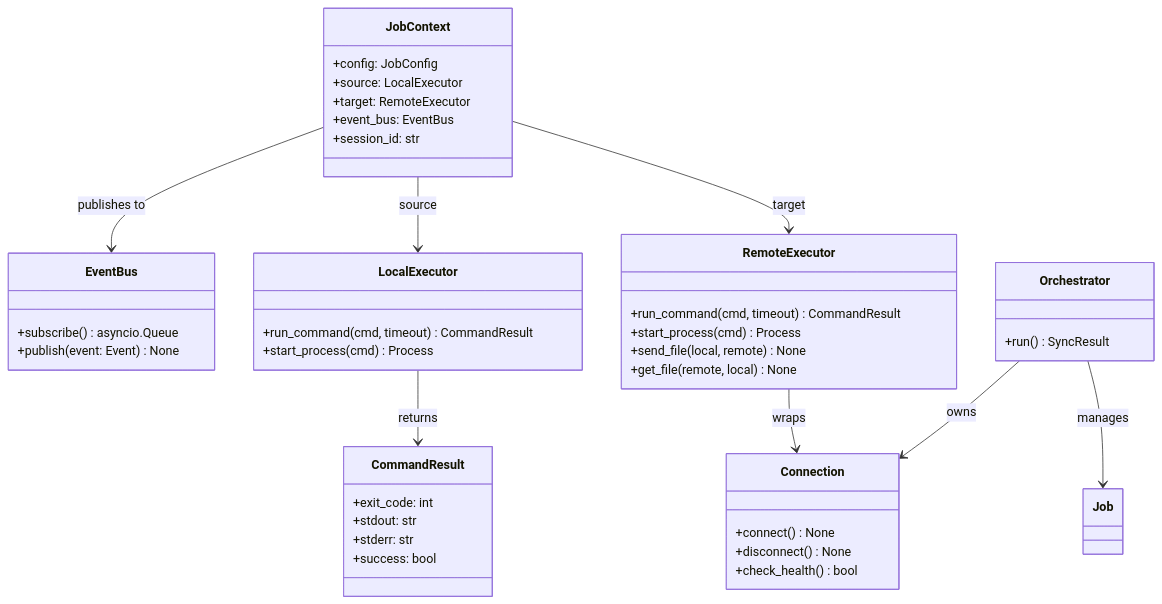
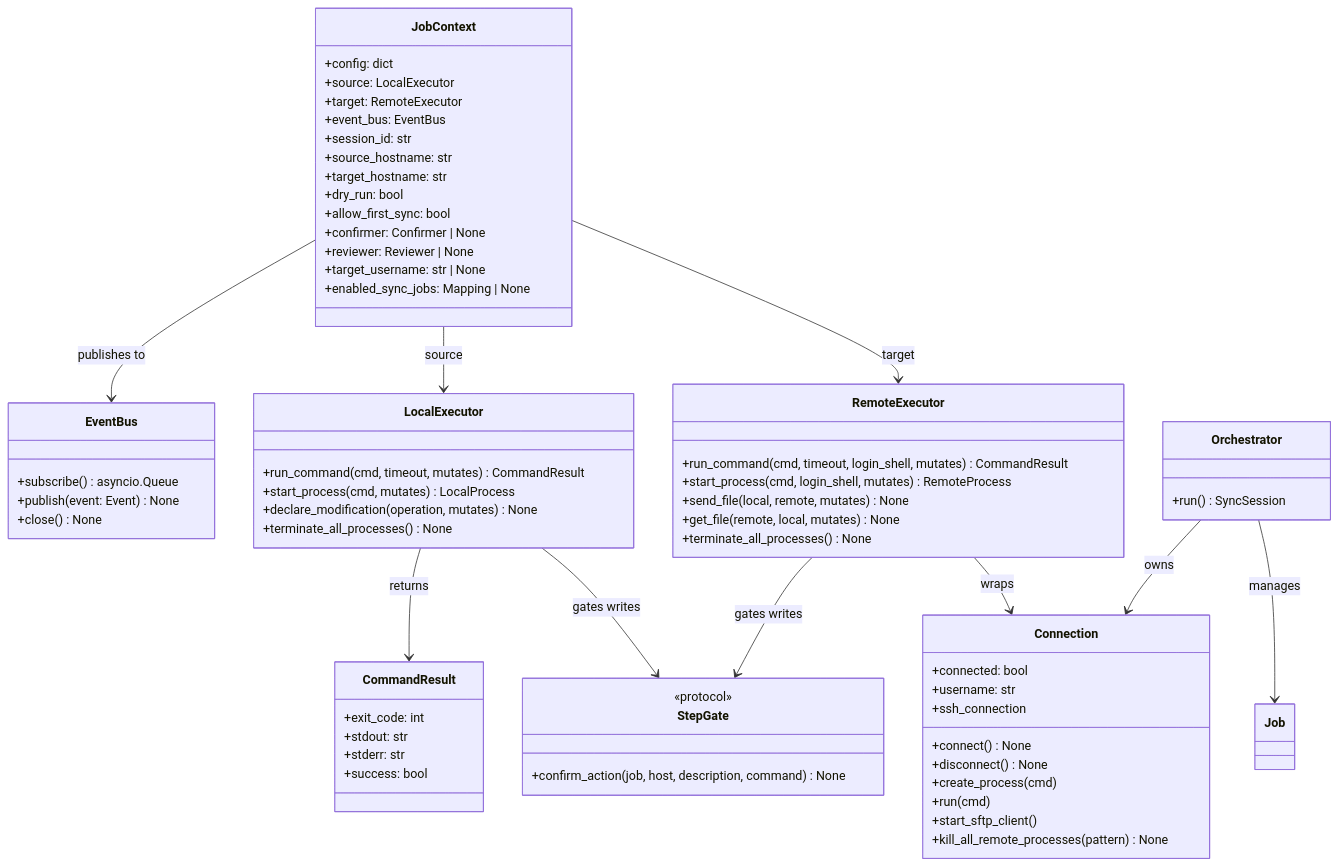
The fifth of 6 diagrams in docs/system/architecture.md (flaksit/pc-switcher), drawn with Mermaid before and after one commit. The commit also changed other lines of this file and 2 other files, not shown here.

````diff
--- a/docs/system/architecture.md
+++ b/docs/system/architecture.md
@@ -210,52 +225,77 @@
 ```mermaid
 classDiagram
     class JobContext {
-        +config: JobConfig
+        +config: dict
         +source: LocalExecutor
         +target: RemoteExecutor
         +event_bus: EventBus
         +session_id: str
+        +source_hostname: str
+        +target_hostname: str
+        +dry_run: bool
+        +allow_first_sync: bool
+        +confirmer: Confirmer | None
+        +reviewer: Reviewer | None
+        +target_username: str | None
+        +enabled_sync_jobs: Mapping | None
     }
 
     class CommandResult {
         +exit_code: int
         +stdout: str
         +stderr: str
         +success: bool
     }
 
     class EventBus {
         +subscribe() asyncio.Queue
         +publish(event: Event) None
+        +close() None
     }
 
     class LocalExecutor {
-        +run_command(cmd, timeout) CommandResult
-        +start_process(cmd) Process
+        +run_command(cmd, timeout, mutates) CommandResult
+        +start_process(cmd, mutates) LocalProcess
+        +declare_modification(operation, mutates) None
+        +terminate_all_processes() None
     }
 
     class RemoteExecutor {
-        +run_command(cmd, timeout) CommandResult
-        +start_process(cmd) Process
-        +send_file(local, remote) None
-        +get_file(remote, local) None
+        +run_command(cmd, timeout, login_shell, mutates) CommandResult
+        +start_process(cmd, login_shell, mutates) RemoteProcess
+        +send_file(local, remote, mutates) None
+        +get_file(remote, local, mutates) None
+        +terminate_all_processes() None
+    }
+
+    class StepGate {
+        <<protocol>>
+        +confirm_action(job, host, description, command) None
     }
 
     class Connection {
+        +connected: bool
+        +username: str
+        +ssh_connection
         +connect() None
         +disconnect() None
-        +check_health() bool
+        +create_process(cmd)
+        +run(cmd)
+        +start_sftp_client()
+        +kill_all_remote_processes(pattern) None
     }
 
     class Orchestrator {
-        +run() SyncResult
+        +run() SyncSession
     }
 
     JobContext --> LocalExecutor : source
     JobContext --> RemoteExecutor : target
     JobContext --> EventBus : publishes to
     LocalExecutor --> CommandResult : returns
+    LocalExecutor --> StepGate : gates writes
+    RemoteExecutor --> StepGate : gates writes
     RemoteExecutor --> Connection : wraps
     Orchestrator --> Connection : owns
     Orchestrator --> Job : manages
 ```
````
